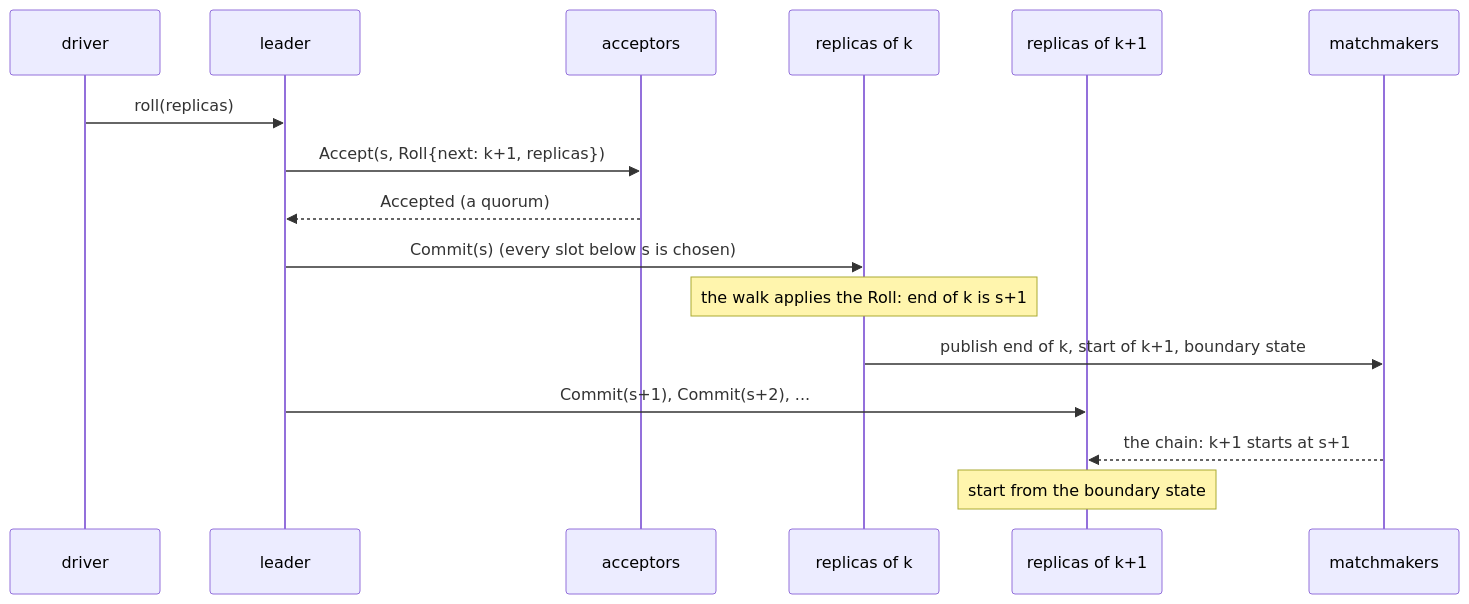
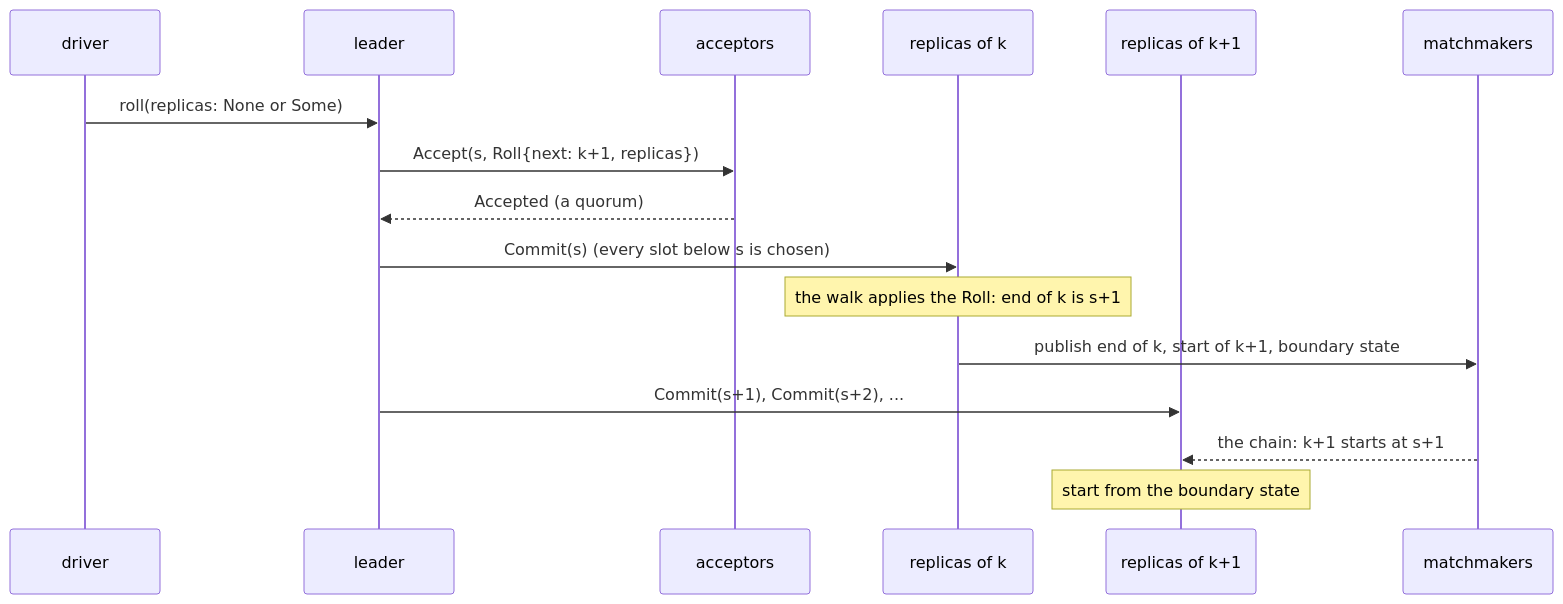
One commit to PierreZ/paros changed the diagram in docs/knowledge/concepts/segments.md. Above: the diagram before and after it, drawn with Mermaid. The commit also changed other lines of this file and 21 other files, not shown here.

````diff
--- a/docs/knowledge/concepts/segments.md
+++ b/docs/knowledge/concepts/segments.md
@@ -38,18 +39,18 @@
 ```mermaid
 sequenceDiagram
     participant D as driver
     participant L as leader
     participant A as acceptors
     participant R1 as replicas of k
     participant R2 as replicas of k+1
     participant M as matchmakers
-    D->>L: roll(replicas)
+    D->>L: roll(replicas: None or Some)
     L->>A: Accept(s, Roll{next: k+1, replicas})
     A-->>L: Accepted (a quorum)
     L->>R1: Commit(s) (every slot below s is chosen)
     Note over R1: the walk applies the Roll: end of k is s+1
     R1->>M: publish end of k, start of k+1, boundary state
     L->>R2: Commit(s+1), Commit(s+2), ...
     M-->>R2: the chain: k+1 starts at s+1
     Note over R2: start from the boundary state
 ```
````
